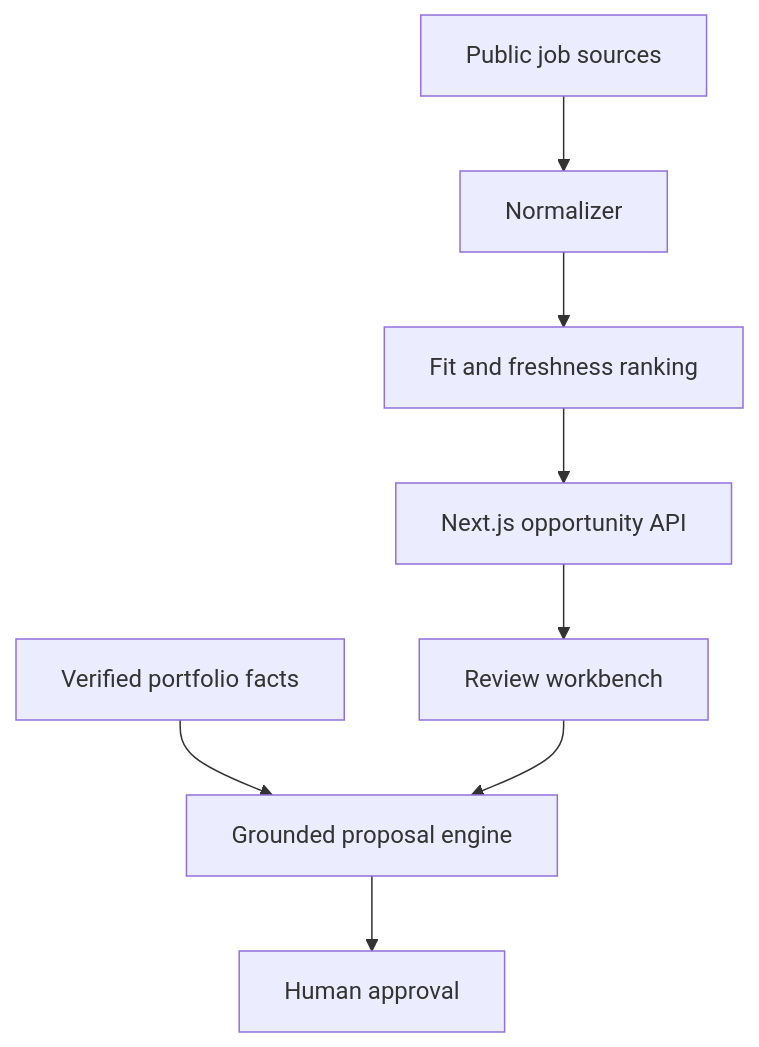
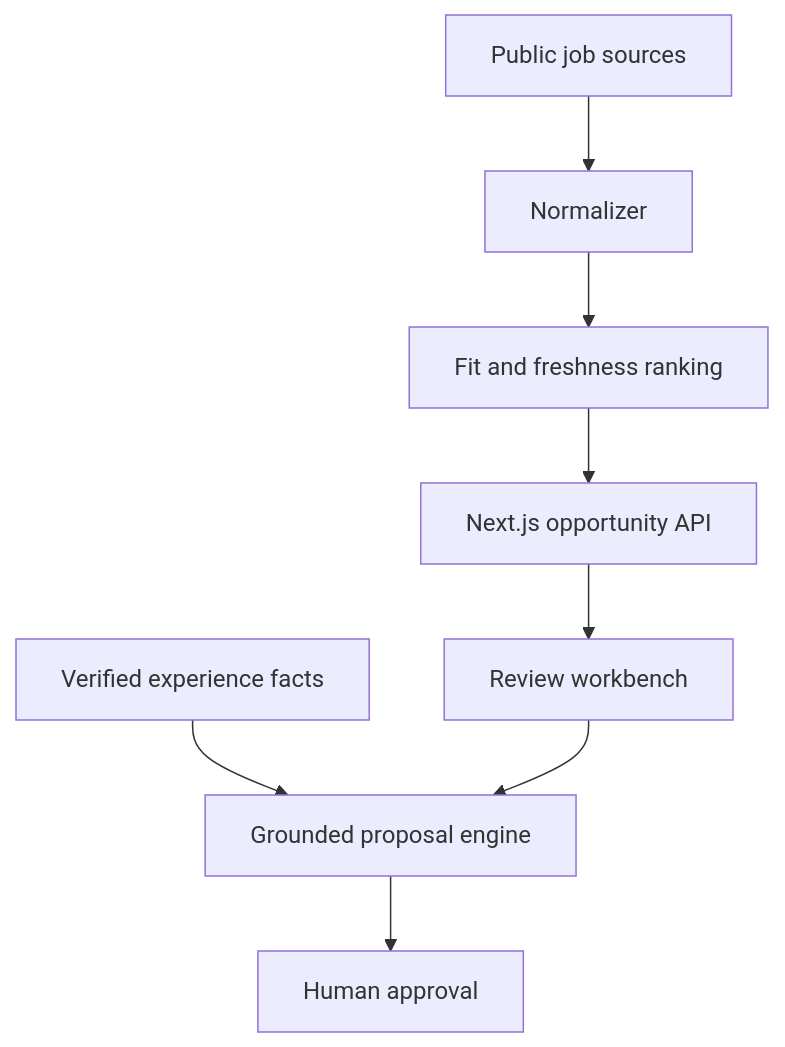
The diagram in README.md (crz0614/ai-freelance-workbench), drawn with Mermaid before and after one commit. The commit also changed other lines of this file and 3 other files, not shown here.

````diff
--- a/README.md
+++ b/README.md
@@ -40,10 +40,10 @@
 ```mermaid
 flowchart TD
   A["Public job sources"] --> B["Normalizer"]
   B --> C["Fit and freshness ranking"]
   C --> D["Next.js opportunity API"]
   D --> E["Review workbench"]
-  F["Verified portfolio facts"] --> G["Grounded proposal engine"]
+  F["Verified experience facts"] --> G["Grounded proposal engine"]
   E --> G
   G --> H["Human approval"]
 ```
````
